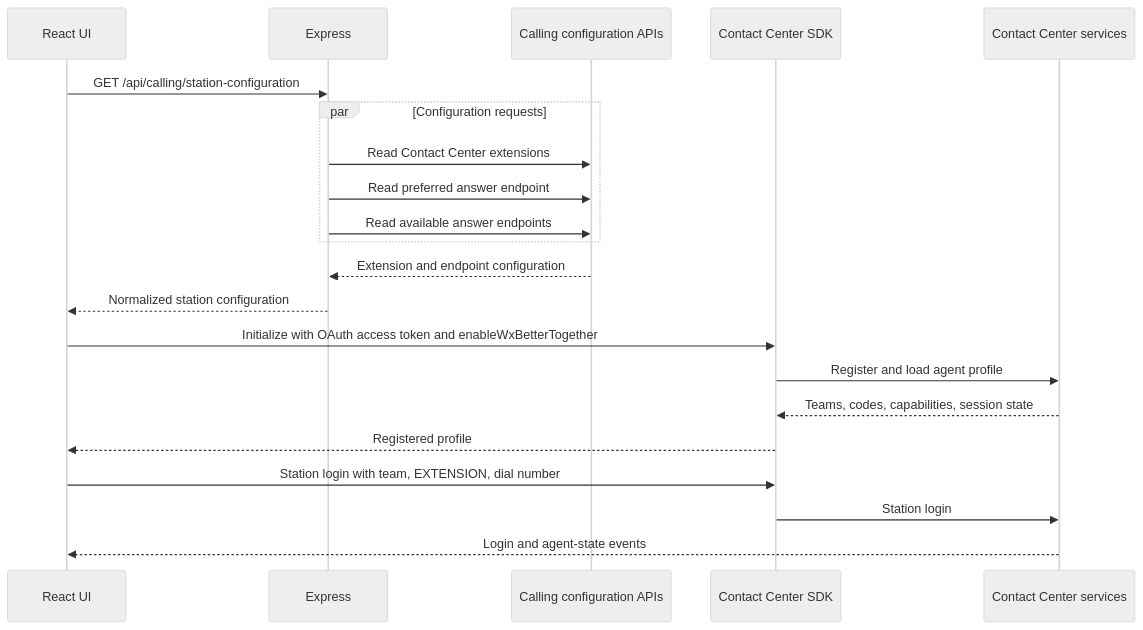
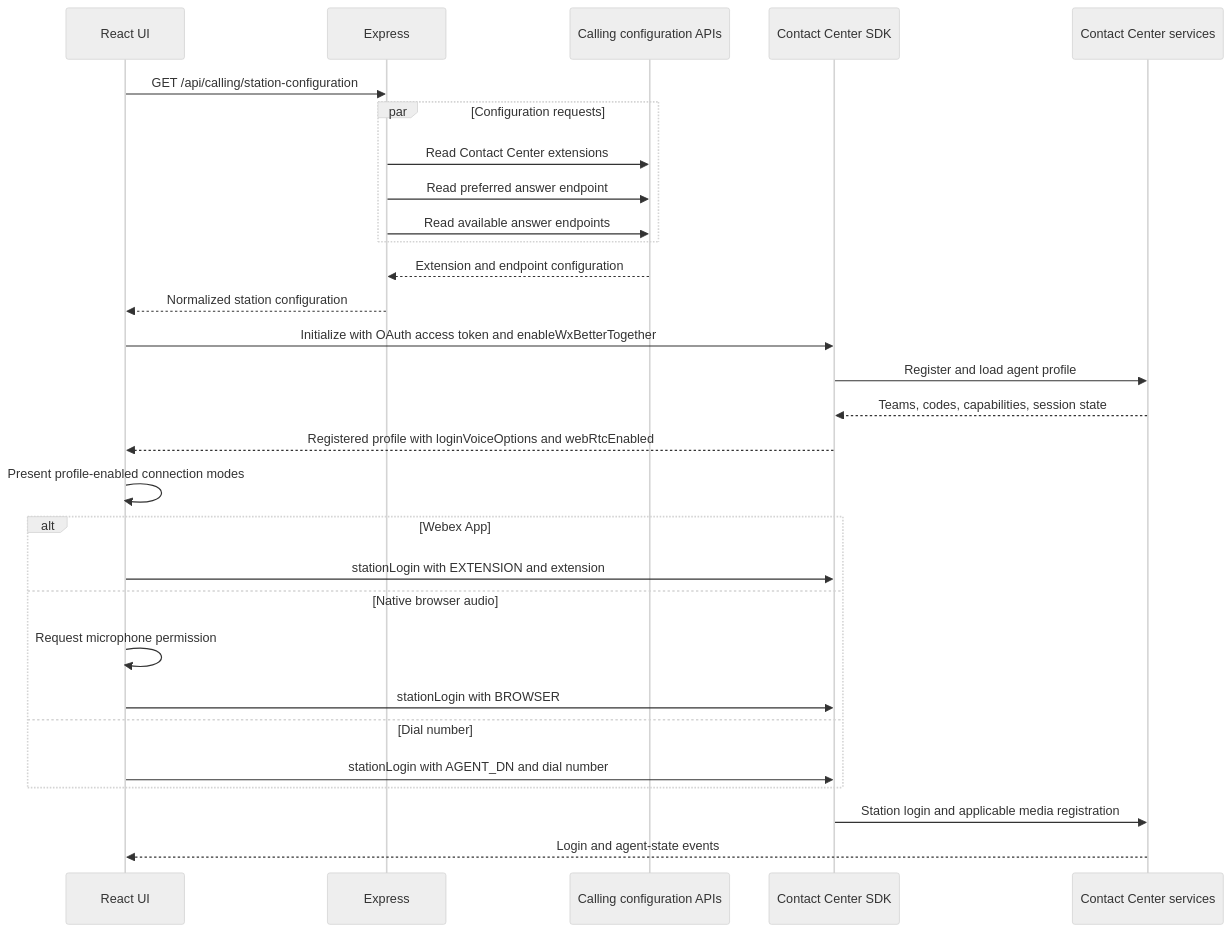
The fourth of 8 diagrams in ARCHITECTURE.md (aashishberry/webexcc_sdk_app), drawn with Mermaid (neutral theme) before and after one commit. The commit also changed other lines of this file and 10 other files, not shown here.

Commit message:
add multi-mode station login experience

````diff
--- a/ARCHITECTURE.md
+++ b/ARCHITECTURE.md
@@ -140,24 +144,32 @@
 ```mermaid
 sequenceDiagram
     participant UI as React UI
     participant S as Express
     participant C as Calling configuration APIs
     participant SDK as Contact Center SDK
     participant W as Contact Center services
 
     UI->>S: GET /api/calling/station-configuration
     par Configuration requests
         S->>C: Read Contact Center extensions
         S->>C: Read preferred answer endpoint
         S->>C: Read available answer endpoints
     end
     C-->>S: Extension and endpoint configuration
     S-->>UI: Normalized station configuration
     UI->>SDK: Initialize with OAuth access token and enableWxBetterTogether
     SDK->>W: Register and load agent profile
     W-->>SDK: Teams, codes, capabilities, session state
-    SDK-->>UI: Registered profile
-    UI->>SDK: Station login with team, EXTENSION, dial number
-    SDK->>W: Station login
+    SDK-->>UI: Registered profile with loginVoiceOptions and webRtcEnabled
+    UI->>UI: Present profile-enabled connection modes
+    alt Webex App
+        UI->>SDK: stationLogin with EXTENSION and extension
+    else Native browser audio
+        UI->>UI: Request microphone permission
+        UI->>SDK: stationLogin with BROWSER
+    else Dial number
+        UI->>SDK: stationLogin with AGENT_DN and dial number
+    end
+    SDK->>W: Station login and applicable media registration
     W-->>UI: Login and agent-state events
 ```
````
